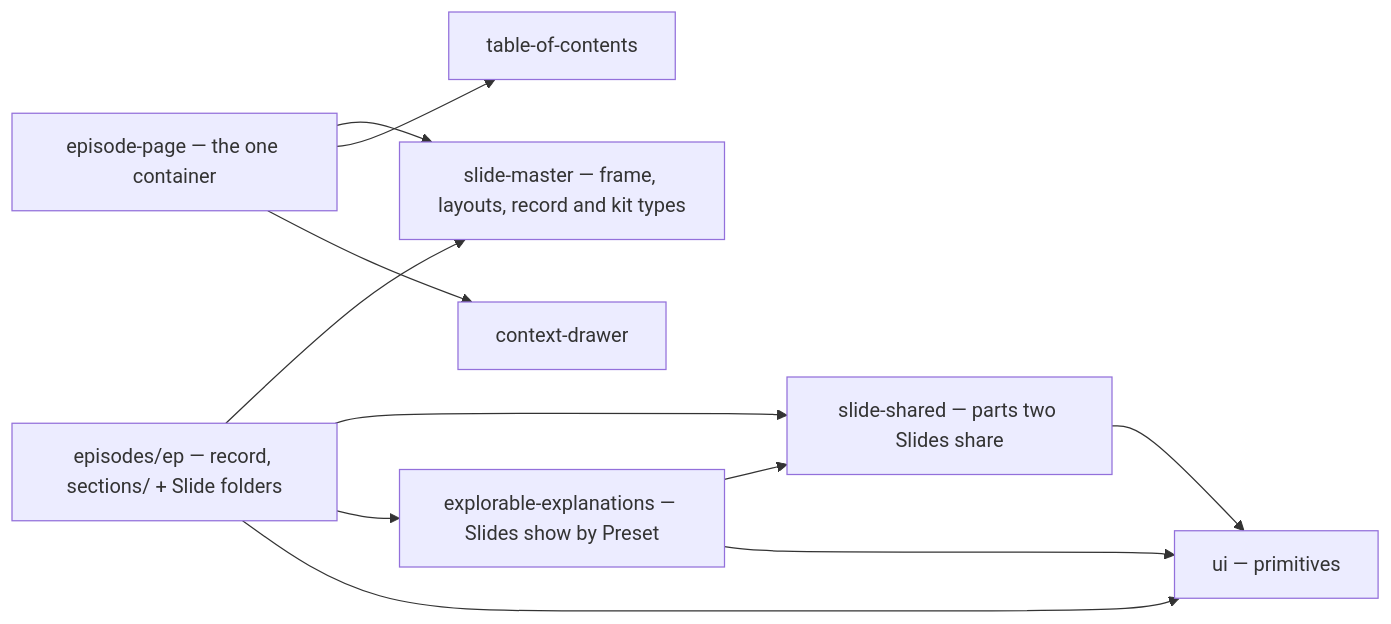
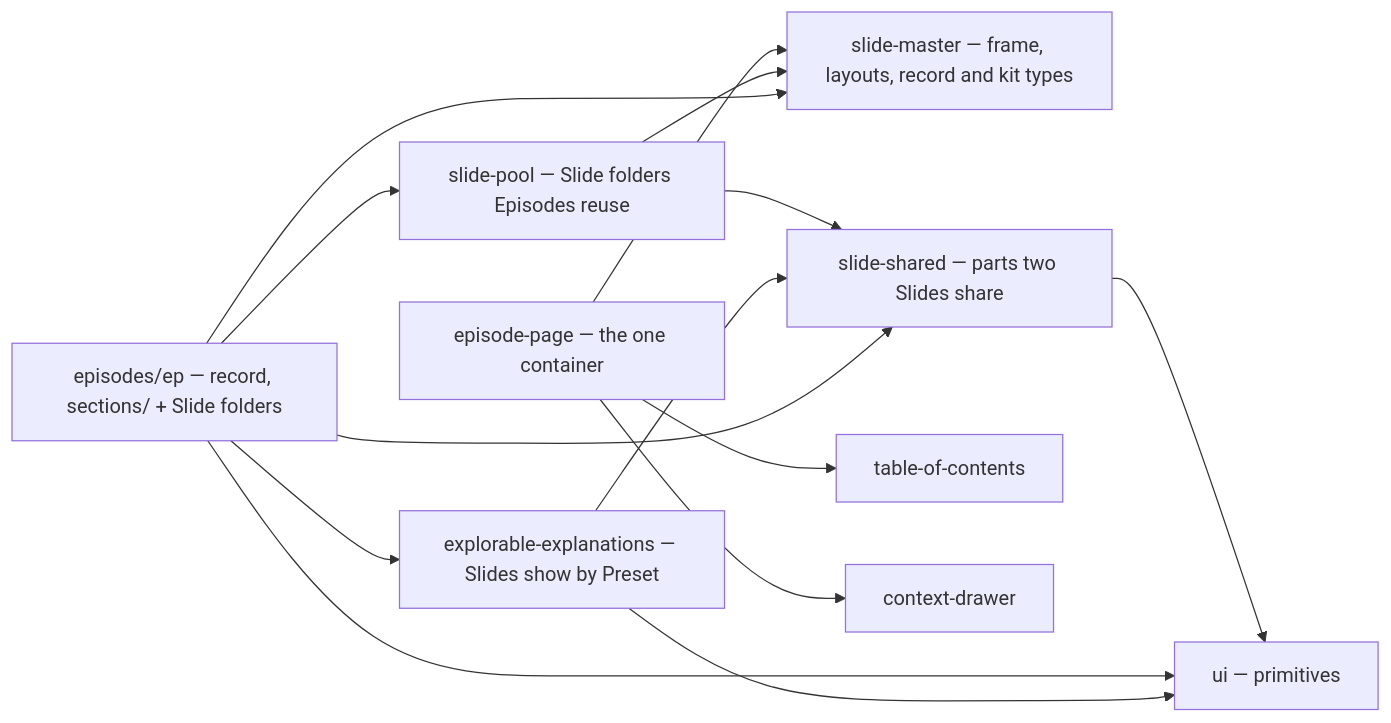
One commit to hancrafted/content-library changed the second of 5 diagrams in .archgate/adrs/FE-004-slide-architecture.md. Above: the diagram before and after it, drawn with Mermaid. The commit also changed other lines of this file and 22 other files, not shown here.

````diff
--- a/.archgate/adrs/FE-004-slide-architecture.md
+++ b/.archgate/adrs/FE-004-slide-architecture.md
@@ -33,13 +33,16 @@
 ```mermaid
 flowchart LR
   ep["episodes/ep — record, sections/ + Slide folders"] --> master["slide-master — frame, layouts, record and kit types"]
   ep --> shared["slide-shared — parts two Slides share"]
   ep --> explain["explorable-explanations — Slides show by Preset"]
   explain --> shared
   explain --> ui
   ep --> ui["ui — primitives"]
+  ep --> pool["slide-pool — Slide folders Episodes reuse"]
+  pool --> master
+  pool --> shared
   shared --> ui
   container["episode-page — the one container"] --> master
   container --> toc["table-of-contents"]
   container --> drawer["context-drawer"]
 ```
````
